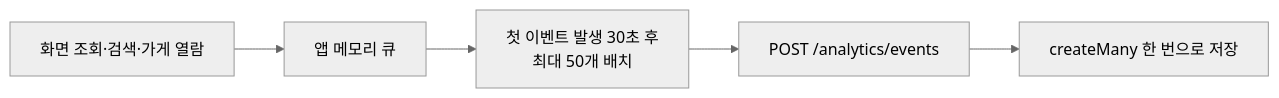
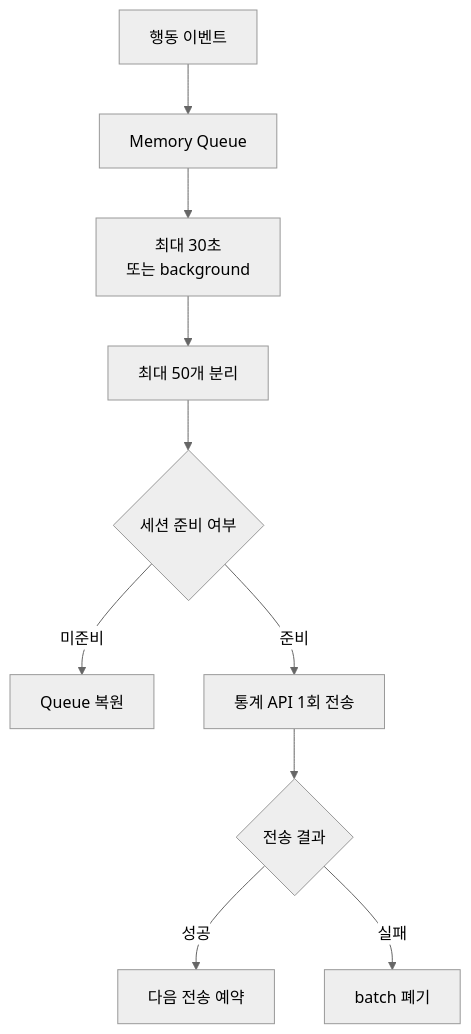
The second of 3 diagrams in public/mds/katsu-map/ts-2-analytics-batch.md (Jinacker/PortFolio), drawn with Mermaid (neutral theme) before and after one commit. The commit also changed other lines of this file and 2 other files, not shown here.

````diff
--- a/public/mds/katsu-map/ts-2-analytics-batch.md
+++ b/public/mds/katsu-map/ts-2-analytics-batch.md
@@ -45,7 +66,12 @@
 ```mermaid
-flowchart LR
-    E[화면 조회·검색·가게 열람] --> Q[앱 메모리 큐]
-    Q --> T[첫 이벤트 발생 30초 후<br/>최대 50개 배치]
-    T --> A[POST /analytics/events]
-    A --> D[createMany 한 번으로 저장]
+flowchart TD
+    A[행동 이벤트] --> B[Memory Queue]
+    B --> C[최대 30초<br/>또는 background]
+    C --> D[최대 50개 분리]
+    D --> E{세션 준비 여부}
+    E -- 미준비 --> F[Queue 복원]
+    E -- 준비 --> G[통계 API 1회 전송]
+    G --> H{전송 결과}
+    H -- 성공 --> I[다음 전송 예약]
+    H -- 실패 --> J[batch 폐기]
 ```
````
